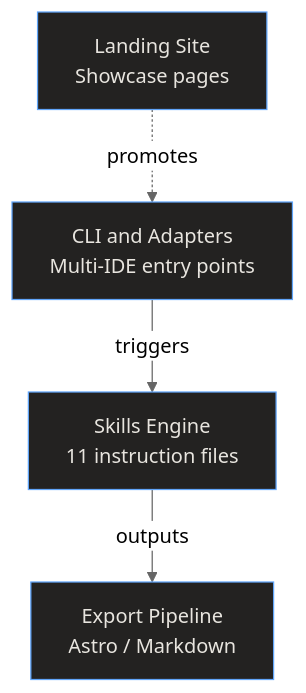
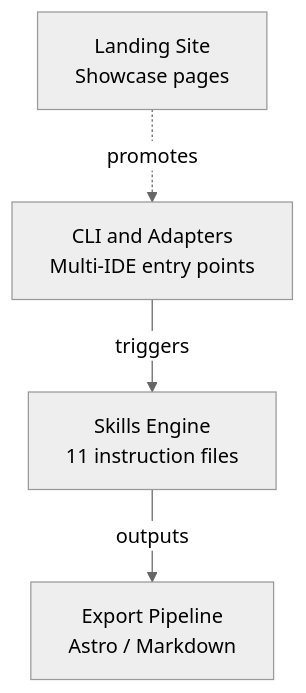
Before and after one commit to relukdev/doc-kit: the diagram in astro-site/src/content/docs/flows/index.md, drawn with Mermaid (neutral theme). The commit also changed 48 other files, not shown here.

First line of the commit message:
fix: remove hard-coded Mermaid dark-mode colors, use native themes for light/dark

````diff
--- a/astro-site/src/content/docs/flows/index.md
+++ b/astro-site/src/content/docs/flows/index.md
@@ -21,16 +21,12 @@
 ```mermaid
 graph TB
-    style M1 fill:#232221,stroke:#60A5FA,color:#E8E5DF
-    style M2 fill:#232221,stroke:#60A5FA,color:#E8E5DF
-    style M3 fill:#232221,stroke:#60A5FA,color:#E8E5DF
-    style M4 fill:#232221,stroke:#60A5FA,color:#E8E5DF
 
     M1["Skills Engine\n11 instruction files"]
     M2["CLI and Adapters\nMulti-IDE entry points"]
     M3["Export Pipeline\nAstro / Markdown"]
     M4["Landing Site\nShowcase pages"]
 
     M2 -->|"triggers"| M1
     M1 -->|"outputs"| M3
     M4 -.->|"promotes"| M2
 ```
````
